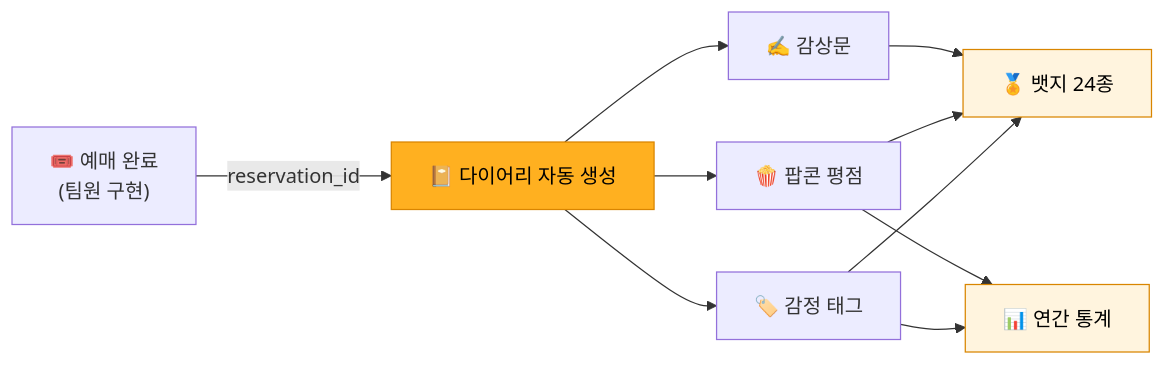
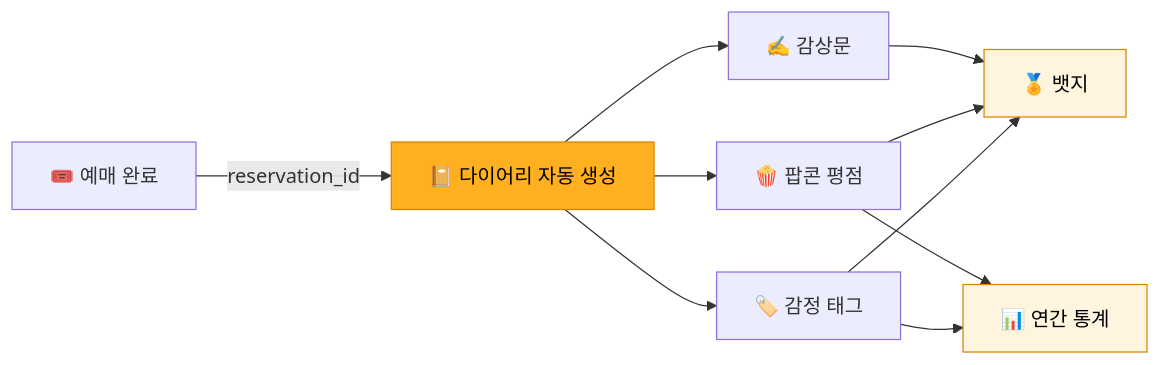
Before and after one commit to lastsummer0830/webProj_Popflex: the first of 3 diagrams in README.md, drawn with Mermaid. The commit also changed other lines of this file and 1 other file, not shown here.

````diff
--- a/README.md
+++ b/README.md
@@ -93,15 +53,15 @@
 ```mermaid
 flowchart LR
-    R["🎟️ 예매 완료<br/>(팀원 구현)"] -->|reservation_id| D["📔 다이어리 자동 생성"]
+    R["🎟️ 예매 완료"] -->|reservation_id| D["📔 다이어리 자동 생성"]
     D --> T["🏷️ 감정 태그"]
     D --> P["🍿 팝콘 평점"]
     D --> W["✍️ 감상문"]
-    T --> B["🏅 뱃지 24종"]
+    T --> B["🏅 뱃지"]
     P --> B
     W --> B
     T --> S["📊 연간 통계"]
     P --> S
     style D fill:#FFB020,stroke:#d98500,color:#000
     style B fill:#FFF4DE,stroke:#d98500,color:#000
     style S fill:#FFF4DE,stroke:#d98500,color:#000
 ```
````
